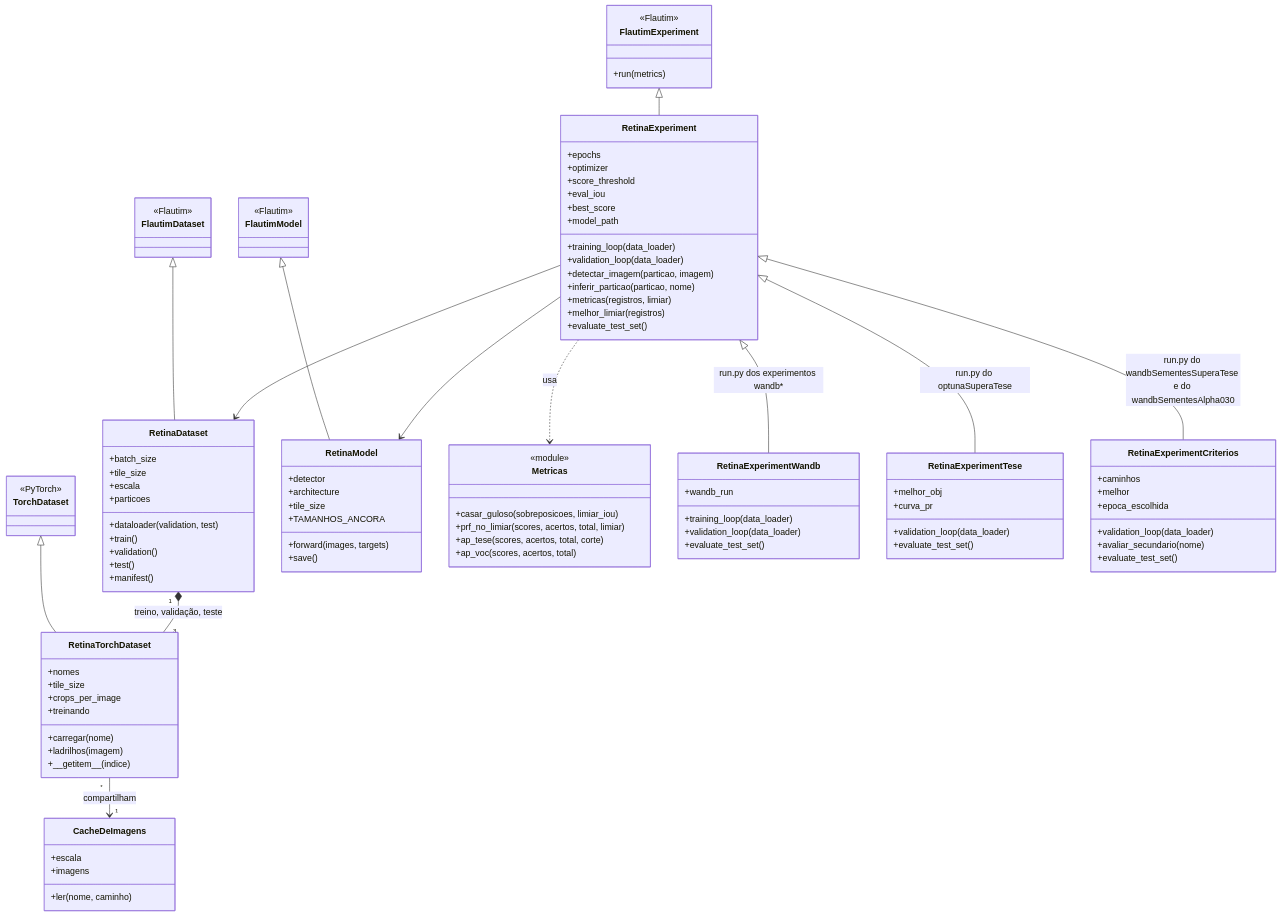
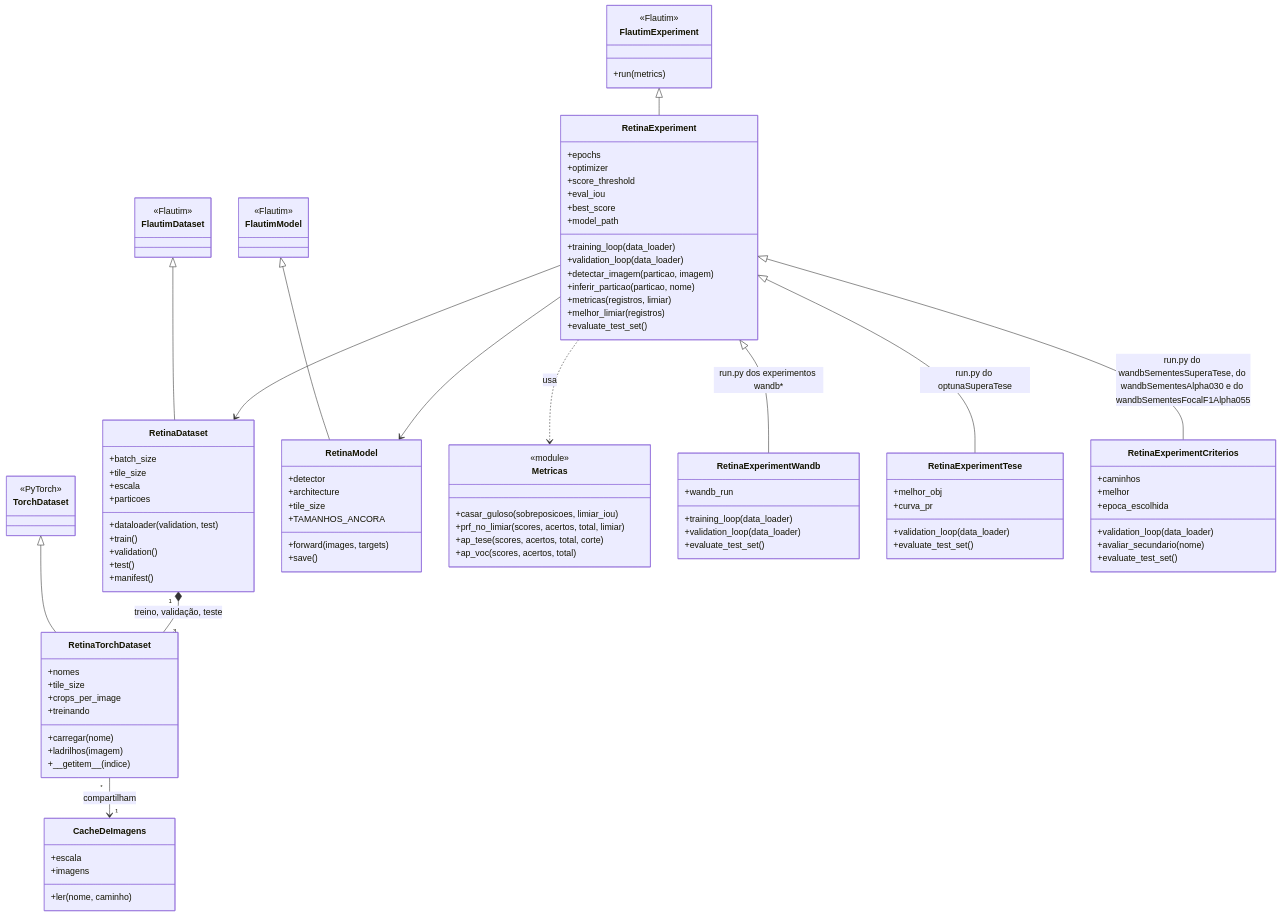
The first of 3 diagrams in README.md (bernardozschaber/retinanet), drawn with Mermaid before and after one commit. The commit also changed other lines of this file, not shown here.

Commit message:
docs(retinanet): add wandbSementesFocalF1Alpha055 results and insights to the README

```diff
--- a/README.md
+++ b/README.md
@@ -172,7 +172,7 @@
     FlautimExperiment <|-- RetinaExperiment
     RetinaExperiment <|-- RetinaExperimentWandb : run.py dos experimentos wandb*
     RetinaExperiment <|-- RetinaExperimentTese : run.py do optunaSuperaTese
-    RetinaExperiment <|-- RetinaExperimentCriterios : run.py do wandbSementesSuperaTese e do wandbSementesAlpha030
+    RetinaExperiment <|-- RetinaExperimentCriterios : run.py do wandbSementesSuperaTese, do wandbSementesAlpha030 e do wandbSementesFocalF1Alpha055
     RetinaDataset "1" *-- "3" RetinaTorchDataset : treino, validação, teste
     RetinaTorchDataset "*" --> "1" CacheDeImagens : compartilham
     RetinaExperiment --> RetinaModel
```
